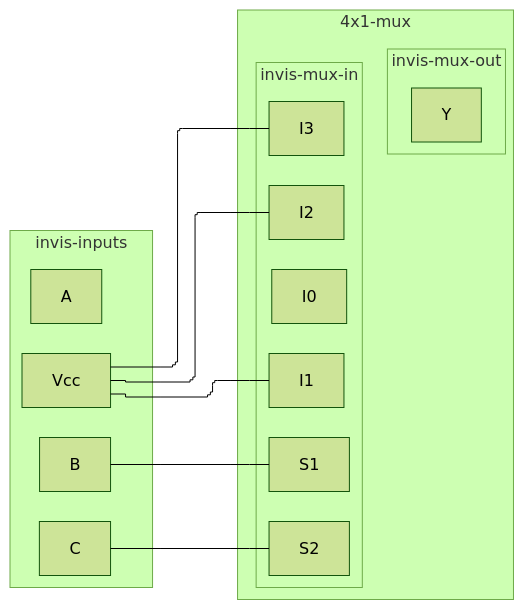
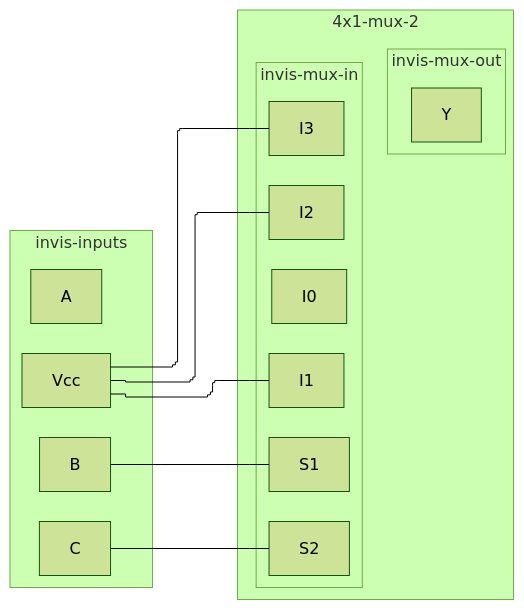
Before and after one commit to tnichols217/notes: the fourth of 4 diagrams in CSDS 281 - Logic Design/HW/7/tables.md, drawn with Mermaid (forest theme).

Commit message:
vault backup: 2024-03-27 12:01:14

````diff
--- a/CSDS 281 - Logic Design/HW/7/tables.md
+++ b/CSDS 281 - Logic Design/HW/7/tables.md
@@ -150,23 +150,23 @@
 ```mermaid
 %%{ init: { 'flowchart': { 'curve': 'stepBefore', "defaultRenderer": "elk" } } }%%
 flowchart LR
 subgraph invis-inputs
 A
 B
 C
 Vcc
 end
-subgraph 4x1-mux
+subgraph 4x1-mux-2
 subgraph invis-mux-in
 I0
 Vcc --- I1 & I2 & I3
 B --- S1
 C --- S2
 end
 subgraph invis-mux-out
 Y
 end
 invis-mux-in ~~~ invis-mux-out
 end
 
 ```
````
